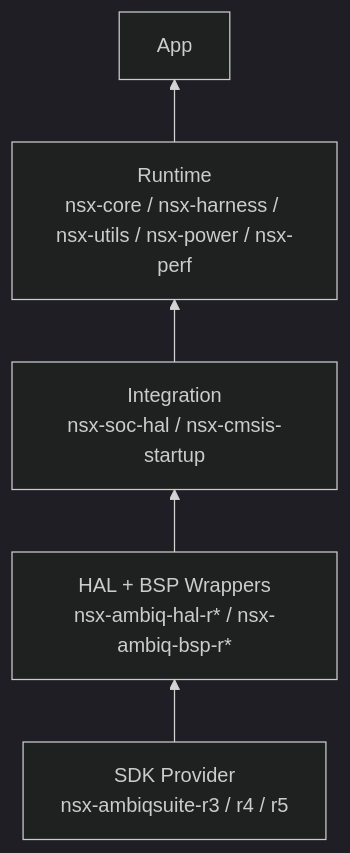
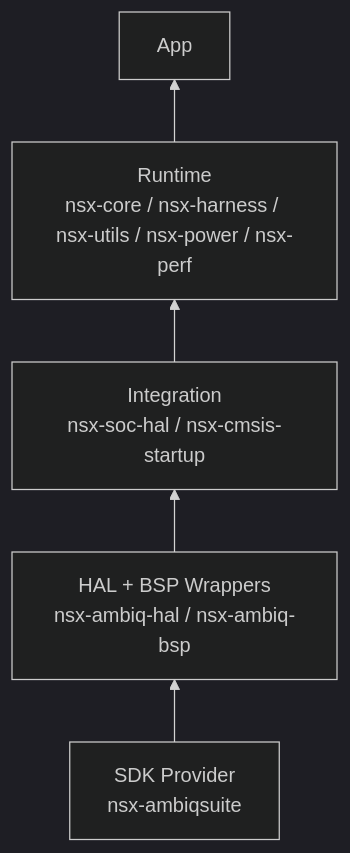
One commit to AmbiqAI/neuralspotx changed the diagram in docs/architecture/overview.md. Above: the diagram before and after it, drawn with Mermaid (dark theme). The commit also changed other lines of this file and 7 other files, not shown here.

First line of the commit message:
docs(architecture): finish AmbiqSuite provider unification audit sweep

````diff
--- a/docs/architecture/overview.md
+++ b/docs/architecture/overview.md
@@ -39,7 +39,7 @@
 ```mermaid
 flowchart BT
-    SDK["SDK Provider\nnsx-ambiqsuite-r3 / r4 / r5"] --> HAL["HAL + BSP Wrappers\nnsx-ambiq-hal-r* / nsx-ambiq-bsp-r*"]
+    SDK["SDK Provider\nnsx-ambiqsuite"] --> HAL["HAL + BSP Wrappers\nnsx-ambiq-hal / nsx-ambiq-bsp"]
     HAL --> INT["Integration\nnsx-soc-hal / nsx-cmsis-startup"]
    INT --> RT["Runtime\nnsx-core / nsx-harness / nsx-utils / nsx-power / nsx-perf"]
     RT --> APP["App"]
 ```
````
